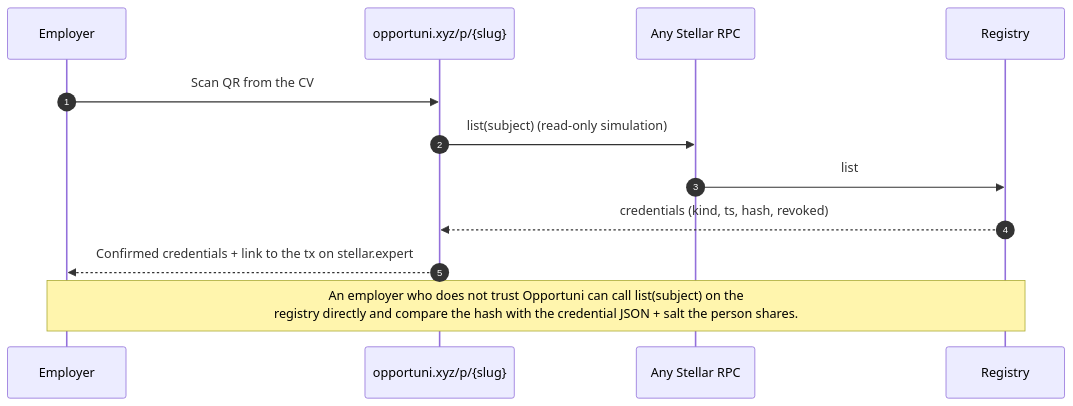
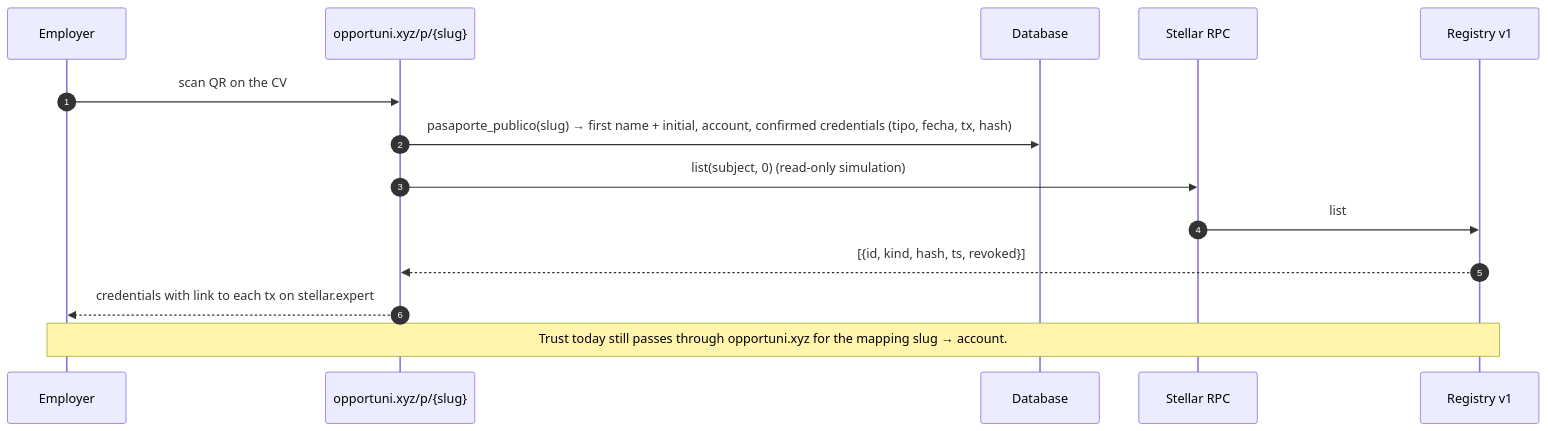
Before and after one commit to opportunixyz/opportuni: the fifth of 10 diagrams in docs/architecture.md, drawn with Mermaid. The commit also changed other lines of this file, not shown here.

Commit message:
docs(architecture): today vs v2, sequence diagrams, API reference with payloads, work plan

````diff
--- a/docs/architecture.md
+++ b/docs/architecture.md
@@ -155,14 +227,17 @@
 ```mermaid
 sequenceDiagram
   autonumber
   participant E as Employer
   participant W as opportuni.xyz/p/{slug}
-  participant RPC as Any Stellar RPC
-  participant Reg as Registry
-  E->>W: Scan QR from the CV
-  W->>RPC: list(subject) (read-only simulation)
+  participant DB as Database
+  participant RPC as Stellar RPC
+  participant Reg as Registry v1
+
+  E->>W: scan QR on the CV
+  W->>DB: pasaporte_publico(slug)  → first name + initial, account, confirmed credentials (tipo, fecha, tx, hash)
+  W->>RPC: list(subject, 0)  (read-only simulation)
   RPC->>Reg: list
-  Reg-->>W: credentials (kind, ts, hash, revoked)
-  W-->>E: Confirmed credentials + link to the tx on stellar.expert
-  Note over E,Reg: An employer who does not trust Opportuni can call list(subject) on the<br/>registry directly and compare the hash with the credential JSON + salt the person shares.
+  Reg-->>W: [{id, kind, hash, ts, revoked}]
+  W-->>E: credentials with link to each tx on stellar.expert
+  Note over E,Reg: Trust today still passes through opportuni.xyz for the mapping slug → account.
 ```
````
